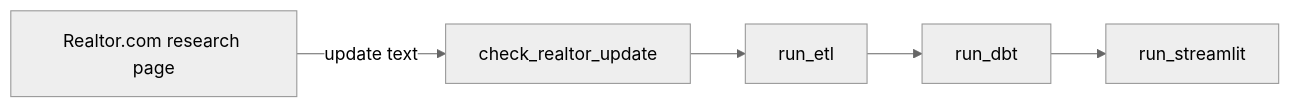
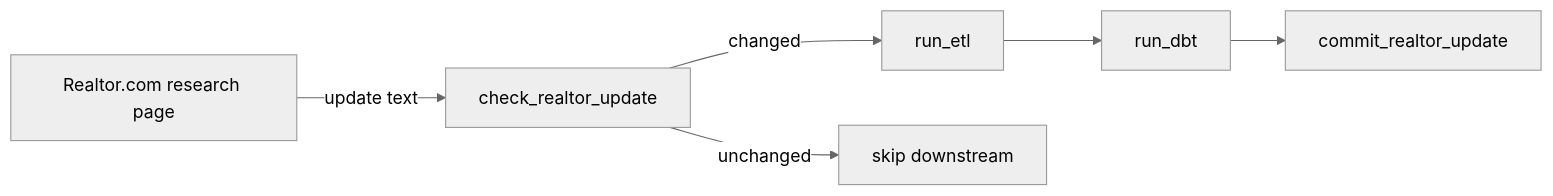
The first of 2 diagrams in README.md (miguelrondon92/Real-Estate-By-Census), drawn with Mermaid (neutral theme) before and after one commit. The commit also changed other lines of this file and 5 other files, not shown here.

````diff
--- a/README.md
+++ b/README.md
@@ -27,7 +27,8 @@
 ```mermaid
 flowchart LR
     A[Realtor.com research page] -->|update text| B[check_realtor_update]
-    B --> C[run_etl]
+    B -->|changed| C[run_etl]
+    B -->|unchanged| X[skip downstream]
     C --> D[run_dbt]
-    D --> E[run_streamlit]
+    D --> E[commit_realtor_update]
 ```
````
